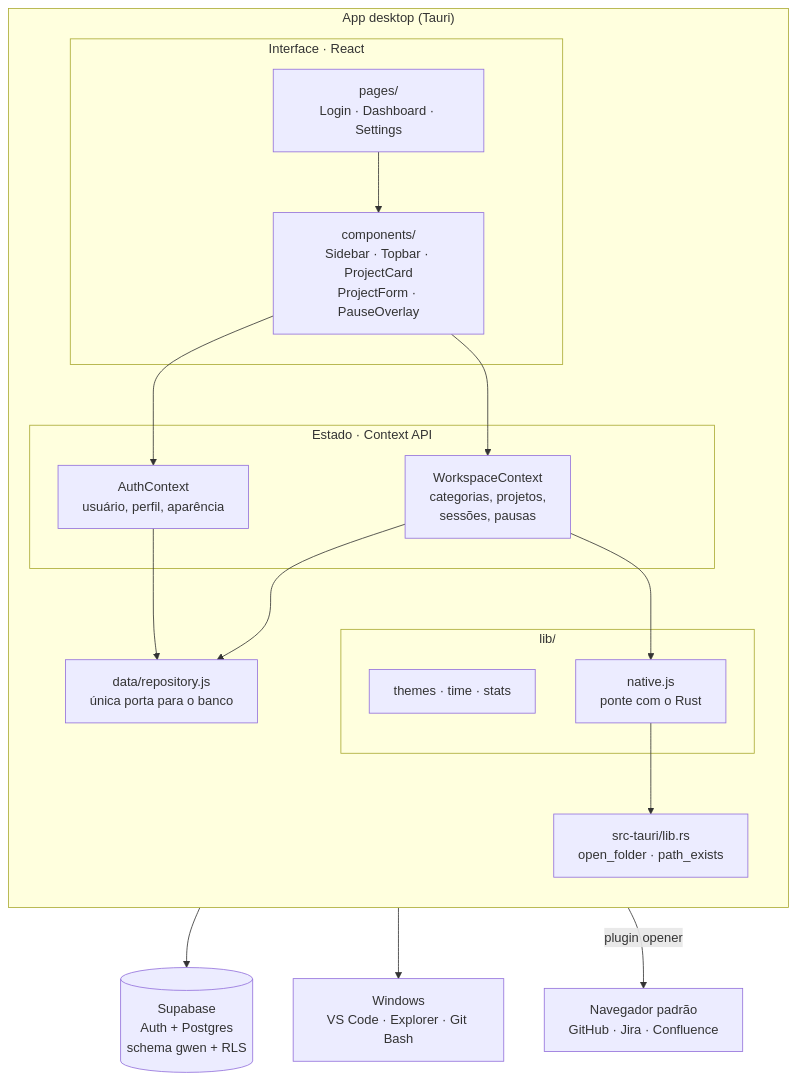
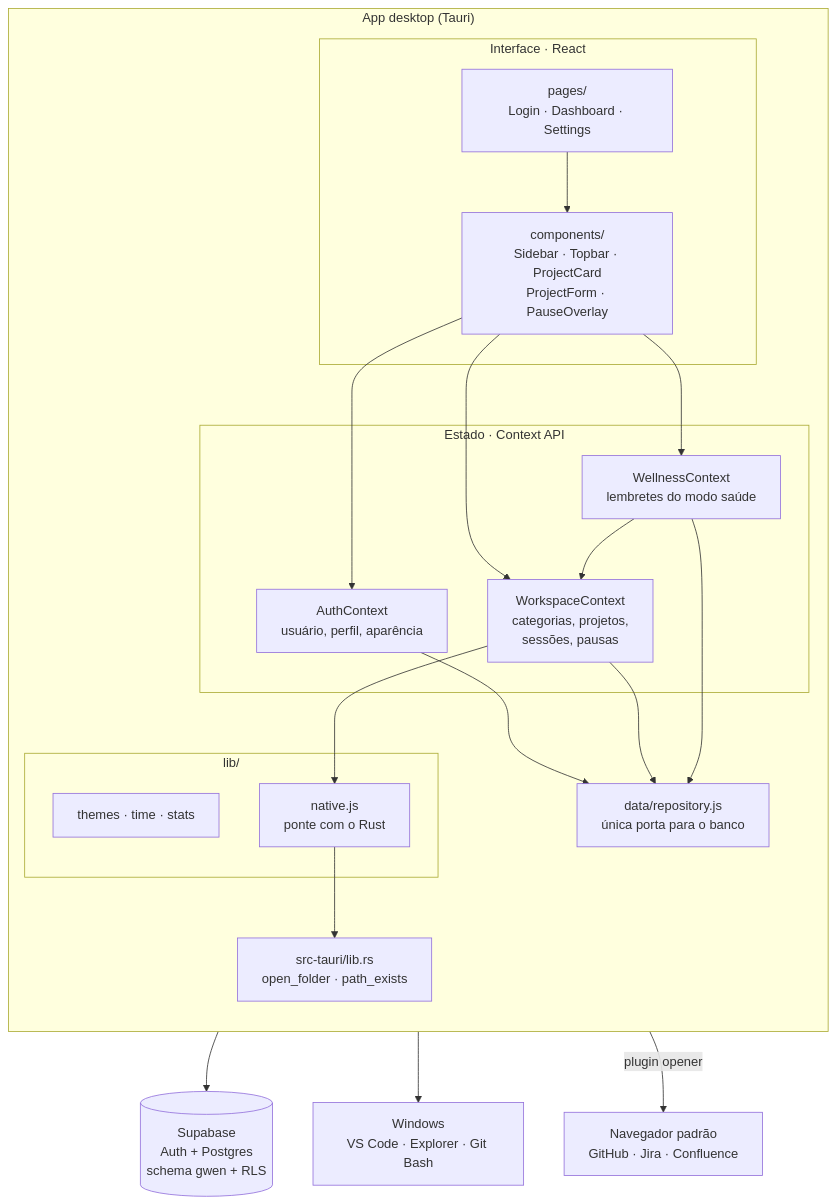
The first of 4 diagrams in docs/ARQ-001-visao-geral.md (SamaraSilvia81/gwen-app), drawn with Mermaid before and after one commit. The commit also changed other lines of this file and 26 other files, not shown here.

````diff
--- a/docs/ARQ-001-visao-geral.md
+++ b/docs/ARQ-001-visao-geral.md
@@ -17,32 +17,34 @@
 ```mermaid
 flowchart TB
   subgraph Desktop["App desktop (Tauri)"]
     direction TB
     subgraph UI["Interface · React"]
       P["pages/<br/>Login · Dashboard · Settings"]
       C["components/<br/>Sidebar · Topbar · ProjectCard<br/>ProjectForm · PauseOverlay"]
     end
     subgraph Estado["Estado · Context API"]
       A["AuthContext<br/>usuário, perfil, aparência"]
       W["WorkspaceContext<br/>categorias, projetos,<br/>sessões, pausas"]
+      H["WellnessContext<br/>lembretes do modo saúde"]
     end
     subgraph Lib["lib/"]
       T["themes · time · stats"]
       N["native.js<br/>ponte com o Rust"]
     end
     R["data/repository.js<br/>única porta para o banco"]
     RS["src-tauri/lib.rs<br/>open_folder · path_exists"]
   end
 
   SB[("Supabase<br/>Auth + Postgres<br/>schema gwen + RLS")]
   OS["Windows<br/>VS Code · Explorer · Git Bash"]
   WEB["Navegador padrão<br/>GitHub · Jira · Confluence"]
 
   P --> C
-  C --> A & W
-  A & W --> R
+  C --> A & W & H
+  H --> W
+  A & W & H --> R
   W --> N
   R --> SB
   N --> RS --> OS
   N -- "plugin opener" --> WEB
 ```
````
